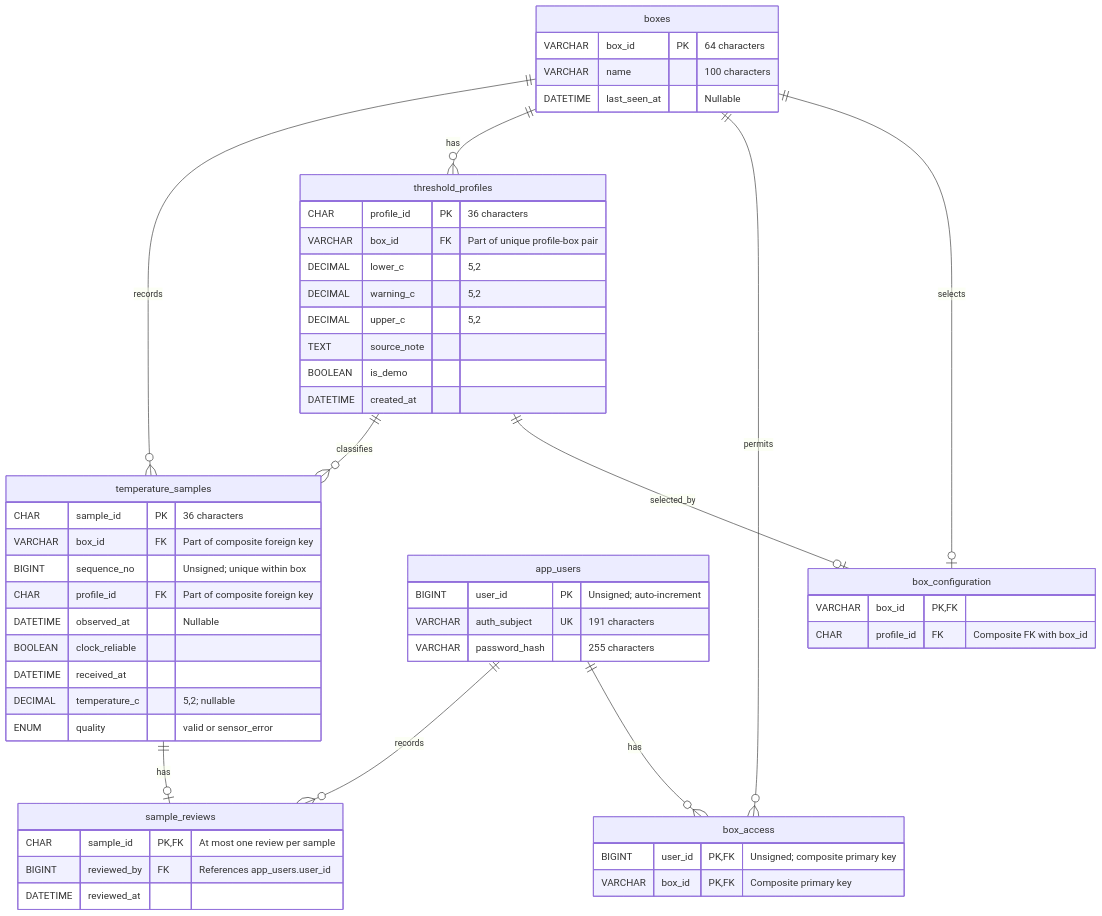
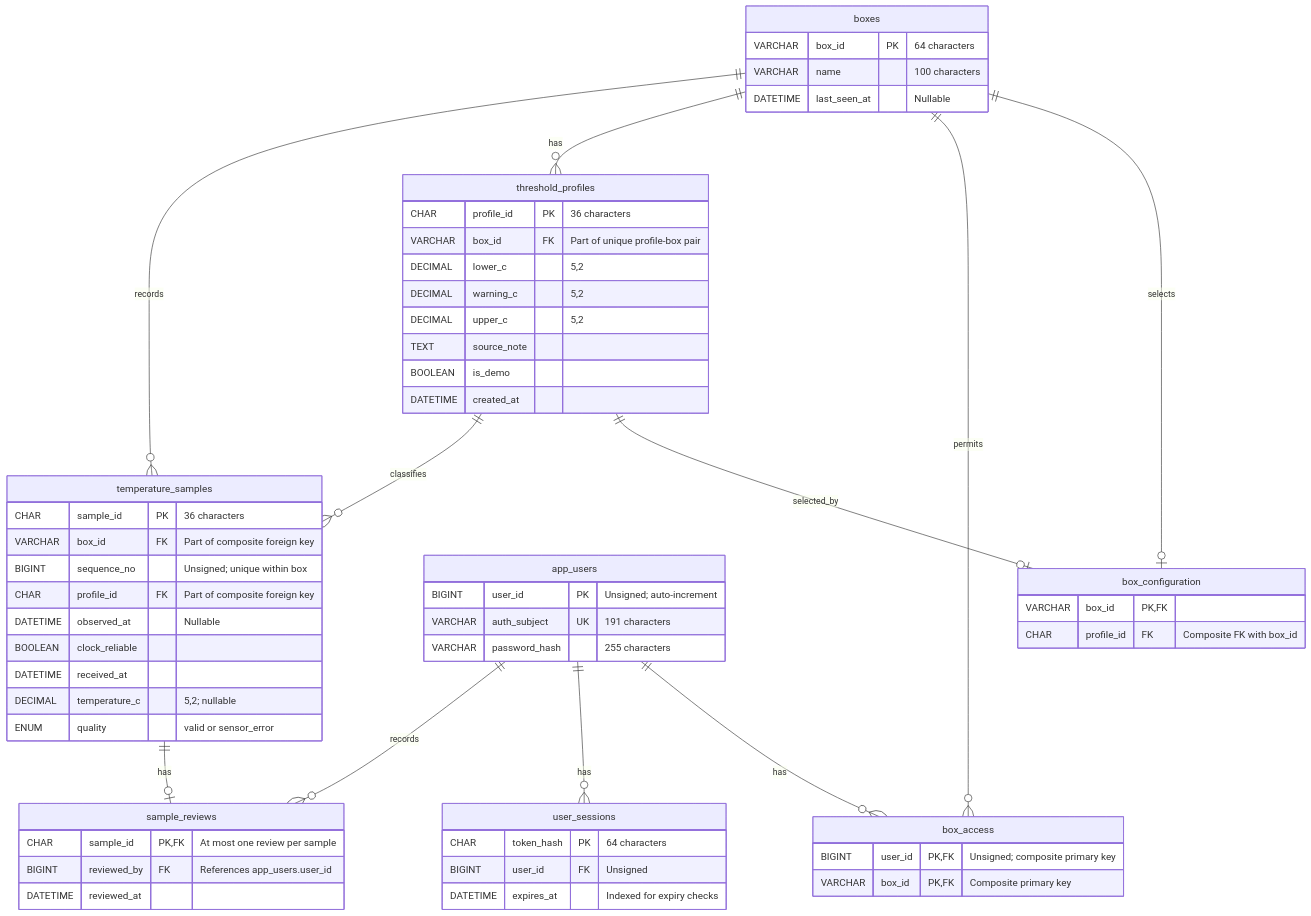
Before and after one commit to nikitsya/TempSafe: the diagram in docs/design/database-erd.md, drawn with Mermaid. The commit also changed other lines of this file and 1 other file, not shown here.

Commit message:
Document user sessions in the database ERD
The previous diagram omitted the link between accounts and sessions.
Figure 2 in the G-CA2 report now shows all eight tables and how they
relate.

````diff
--- a/docs/design/database-erd.md
+++ b/docs/design/database-erd.md
@@ -9,57 +9,63 @@
 ```mermaid
 erDiagram
     boxes ||--o| box_configuration: selects
     threshold_profiles ||--o| box_configuration: selected_by
     app_users ||--o{ box_access: has
+    app_users ||--o{ user_sessions: has
     boxes ||--o{ box_access: permits
     boxes ||--o{ threshold_profiles: has
     boxes ||--o{ temperature_samples: records
     threshold_profiles ||--o{ temperature_samples: classifies
     temperature_samples ||--o| sample_reviews: has
     app_users ||--o{ sample_reviews: records
 
     box_configuration {
         VARCHAR box_id PK, FK
         CHAR profile_id FK "Composite FK with box_id"
     }
     app_users {
         BIGINT user_id PK "Unsigned; auto-increment"
         VARCHAR auth_subject UK "191 characters"
         VARCHAR password_hash "255 characters"
+    }
+    user_sessions {
+        CHAR token_hash PK "64 characters"
+        BIGINT user_id FK "Unsigned"
+        DATETIME expires_at "Indexed for expiry checks"
     }
     boxes {
         VARCHAR box_id PK "64 characters"
         VARCHAR name "100 characters"
         DATETIME last_seen_at "Nullable"
     }
     box_access {
         BIGINT user_id PK, FK "Unsigned; composite primary key"
         VARCHAR box_id PK, FK "Composite primary key"
     }
     threshold_profiles {
         CHAR profile_id PK "36 characters"
         VARCHAR box_id FK "Part of unique profile-box pair"
         DECIMAL lower_c "5,2"
         DECIMAL warning_c "5,2"
         DECIMAL upper_c "5,2"
         TEXT source_note
         BOOLEAN is_demo
         DATETIME created_at
     }
     temperature_samples {
         CHAR sample_id PK "36 characters"
         VARCHAR box_id FK "Part of composite foreign key"
         BIGINT sequence_no "Unsigned; unique within box"
         CHAR profile_id FK "Part of composite foreign key"
         DATETIME observed_at "Nullable"
         BOOLEAN clock_reliable
         DATETIME received_at
         DECIMAL temperature_c "5,2; nullable"
         ENUM quality "valid or sensor_error"
     }
     sample_reviews {
         CHAR sample_id PK, FK "At most one review per sample"
         BIGINT reviewed_by FK "References app_users.user_id"
         DATETIME reviewed_at
     }
 ```
````
